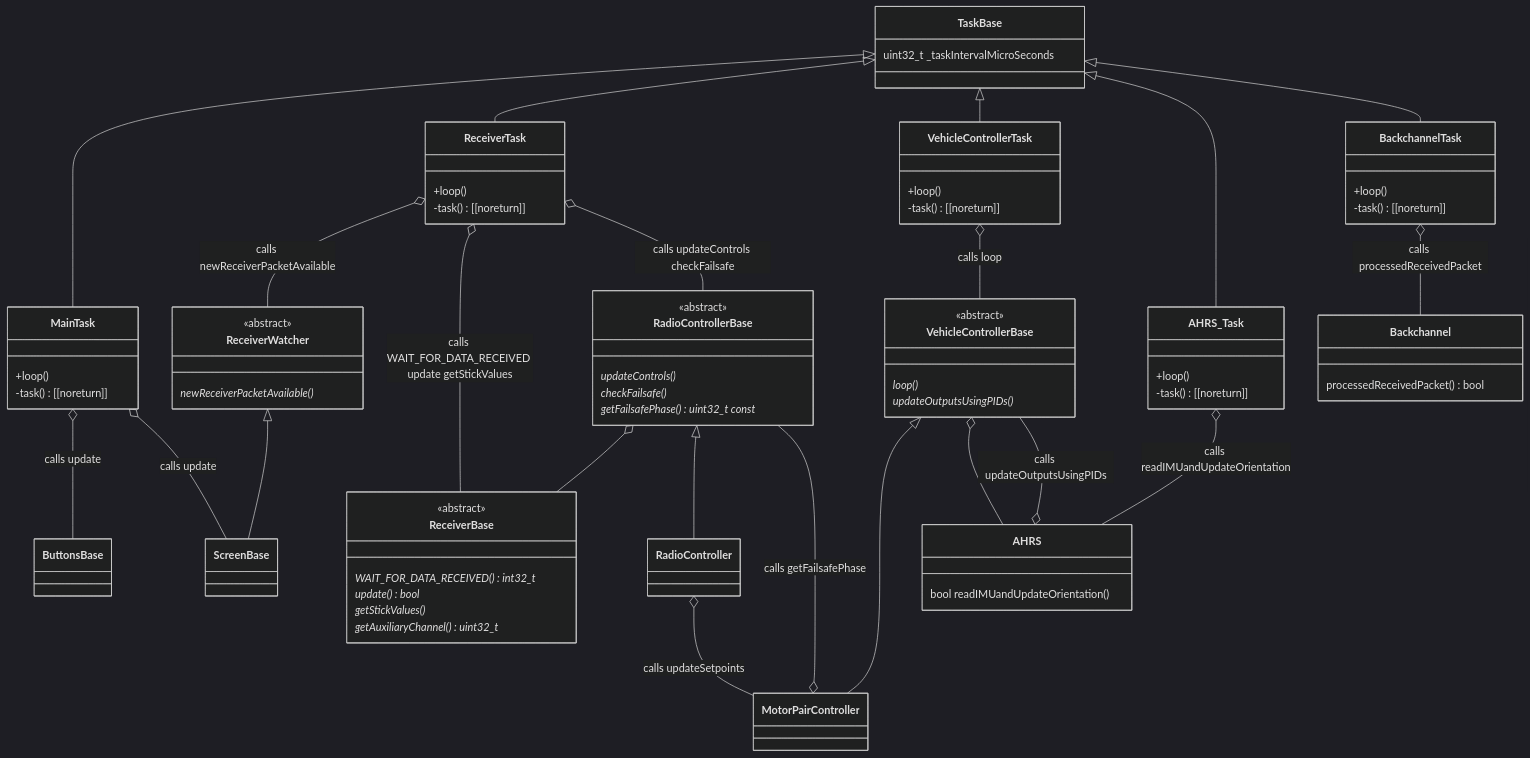
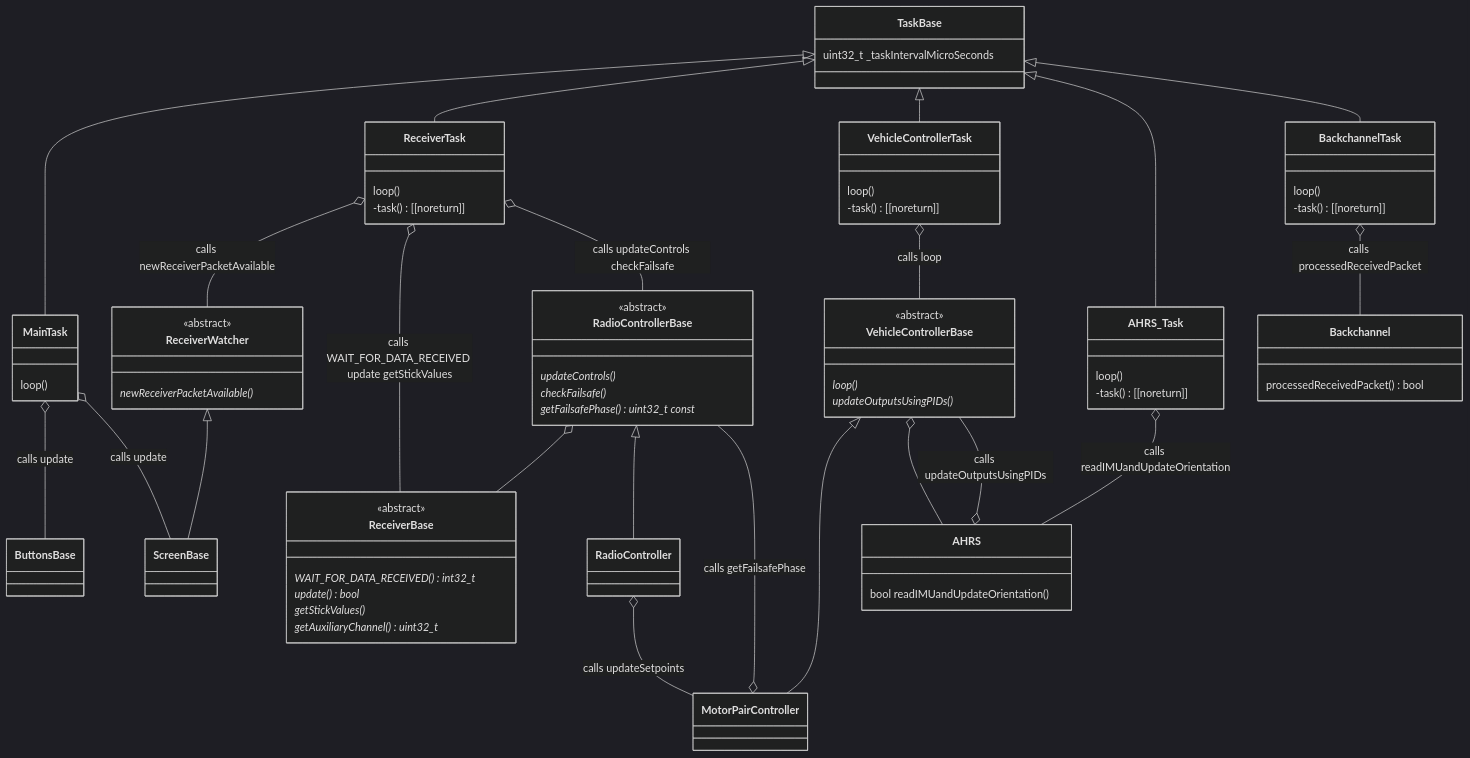
The second of 2 diagrams in README.md (martinbudden/SelfBalancingRobot), drawn with Mermaid (dark theme) before and after one commit. The commit also changed other lines of this file and 1 other file, not shown here.

Commit message:
Updated class diagram.

````diff
--- a/README.md
+++ b/README.md
@@ -164,11 +187,11 @@
     class TaskBase {
         uint32_t _taskIntervalMicroSeconds
     }
+    link TaskBase "https://github.com/martinbudden/Library-TaskBase/blob/main/src/TaskBase.h"
 
     TaskBase <|-- MainTask
     class MainTask {
-        +loop()
-        -task() [[noreturn]]
+        loop()
     }
     MainTask o-- ButtonsBase : calls update
     MainTask o-- ScreenBase : calls update
@@ -194,9 +217,10 @@
 
     TaskBase <|-- ReceiverTask
     class ReceiverTask {
-        +loop()
+        loop()
         -task() [[noreturn]]
     }
+    link ReceiverTask "https://github.com/martinbudden/Library-Receiver/blob/main/src/ReceiverTask.h"
     class ReceiverWatcher {
         <<abstract>>
         newReceiverPacketAvailable() *
@@ -206,7 +230,6 @@
     ReceiverWatcher <|-- ScreenBase
     ReceiverTask o-- RadioControllerBase : calls updateControls checkFailsafe
 
-
     class VehicleControllerBase {
         <<abstract>>
         loop() *
@@ -214,17 +237,19 @@
     }
     TaskBase <|-- VehicleControllerTask
     class VehicleControllerTask {
-        +loop()
+        loop()
         -task() [[noreturn]]
     }
+    link VehicleControllerTask "https://github.com/martinbudden/Library-StabilizedVehicle/blob/main/src/VehicleControllerTask.h"
     VehicleControllerTask o-- VehicleControllerBase : calls loop
     VehicleControllerBase <|-- MotorPairController
 
     TaskBase <|-- AHRS_Task
     class AHRS_Task {
-        +loop()
+        loop()
         -task() [[noreturn]]
     }
+    link AHRS_Task "https://github.com/martinbudden/Library-StabilizedVehicle/blob/main/src/AHRS_Task.h"
     AHRS_Task o-- AHRS : calls readIMUandUpdateOrientation
 
     class AHRS {
@@ -238,8 +263,9 @@
     }
     TaskBase <|-- BackchannelTask
     class BackchannelTask {
-        +loop()
+        loop()
         -task() [[noreturn]]
     }
+    link BackchannelTask "https://github.com/martinbudden/Library-Backchannel/blob/main/src/BackchannelTask.h"
     BackchannelTask o-- Backchannel : calls processedReceivedPacket
 ```
````
